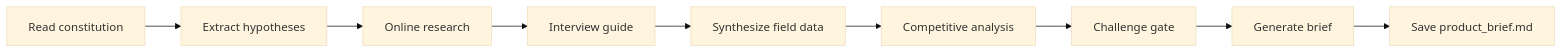
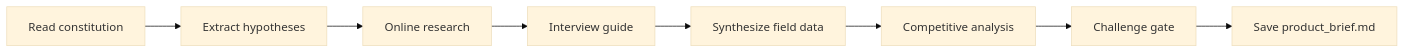
One commit to ai-driven-dev/framework changed the diagram in skills/pm-product-brief/SKILL.md. Above: the diagram before and after it, drawn with Mermaid (base theme). The commit also changed other lines of this file and 32 other files, not shown here.

First line of the commit message:
refactor: simplify agents, enforce template adherence, align flows with courses

````diff
--- a/skills/pm-product-brief/SKILL.md
+++ b/skills/pm-product-brief/SKILL.md
@@ -31,4 +32,4 @@
 ```mermaid
 flowchart LR
-    A[Read constitution] --> B[Extract hypotheses] --> C[Online research] --> D[Interview guide] --> E[Synthesize field data] --> F[Competitive analysis] --> G[Challenge gate] --> H[Generate brief] --> I[Save product_brief.md]
+    A[Read constitution] --> B[Extract hypotheses] --> C[Online research] --> D[Interview guide] --> E[Synthesize field data] --> F[Competitive analysis] --> G[Challenge gate] --> H[Save product_brief.md]
 ```
````
